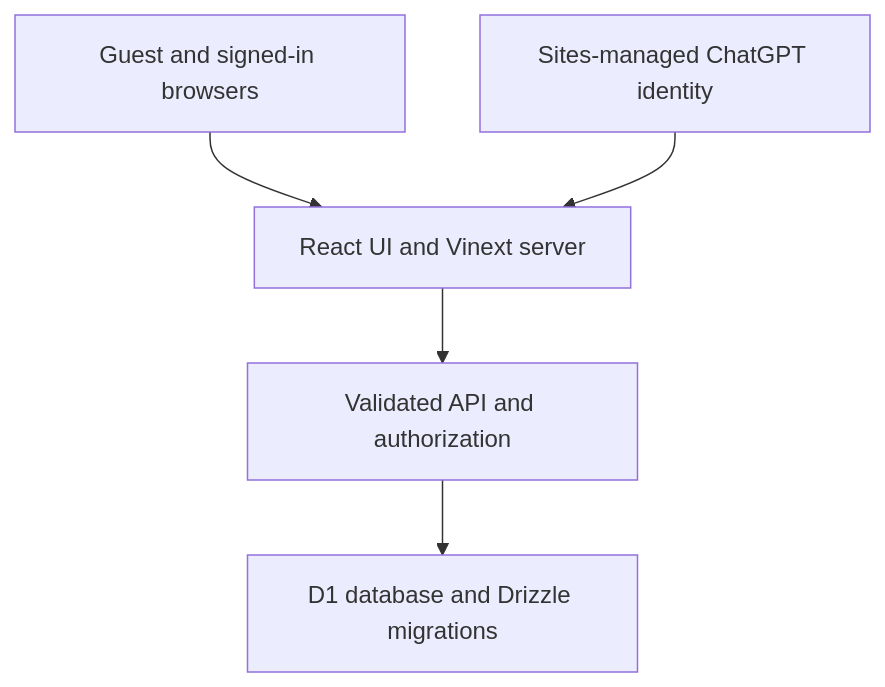
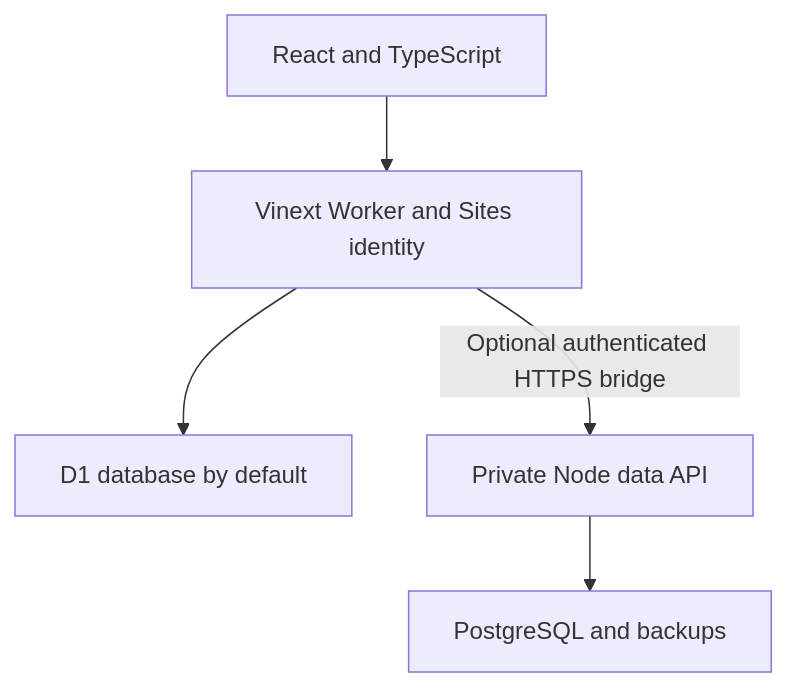
Before and after one commit to Vishnu063/website: the diagram in README.md, drawn with Mermaid. The commit also changed other lines of this file and 41 other files, not shown here.

Commit message:
Harden game state and privacy; prepare private PostgreSQL runtime and production operations

````diff
--- a/README.md
+++ b/README.md
@@ -35,7 +71,7 @@
 ```mermaid
 flowchart TD
-    A[Guest and signed-in browsers] --> B[React UI and Vinext server]
-    C[Sites-managed ChatGPT identity] --> B
-    B --> D[Validated API and authorization]
-    D --> E[D1 database and Drizzle migrations]
+  UI[React and TypeScript] --> W[Vinext Worker and Sites identity]
+  W --> D[D1 database by default]
+  W -->|Optional authenticated HTTPS bridge| API[Private Node data API]
+  API --> PG[PostgreSQL and backups]
 ```
````
